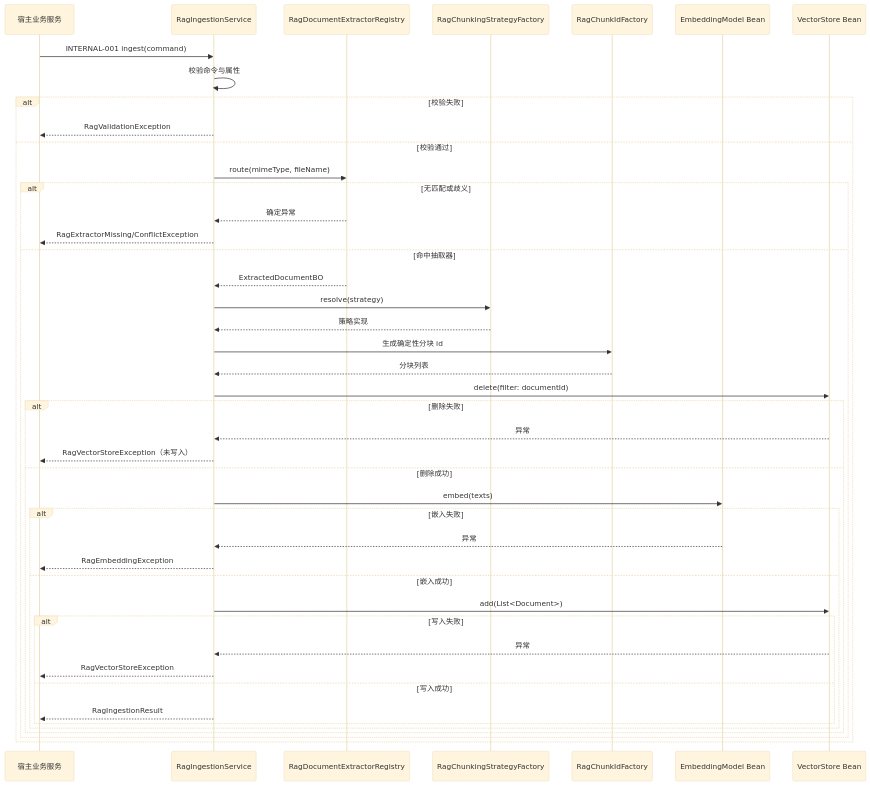
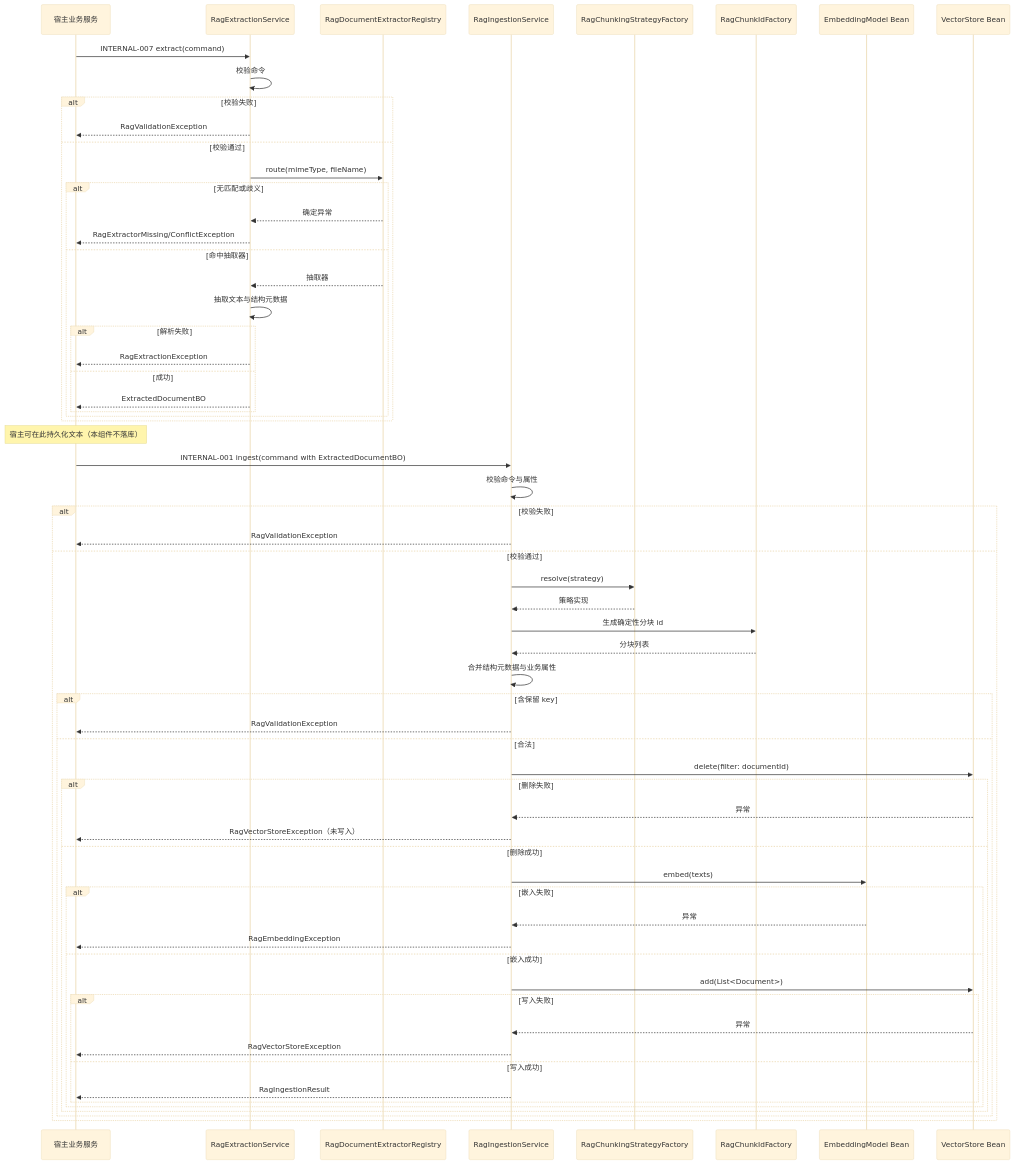
The fourth of 4 diagrams in docs/egon/spec/2026-09-10-11-34-egon-cola-component-rag-starter.md (AllenDEricDAlexander/Egon-COLA), drawn with Mermaid (base theme) before and after one commit. The commit also changed other lines of this file, not shown here.

First line of the commit message:
docs(spec): split extraction from ingestion in rag component design

````diff
--- a/docs/egon/spec/2026-09-10-11-34-egon-cola-component-rag-starter.md
+++ b/docs/egon/spec/2026-09-10-11-34-egon-cola-component-rag-starter.md
@@ -495,47 +520,68 @@
 ```mermaid
 sequenceDiagram
     participant H as 宿主业务服务
+    participant E as RagExtractionService
+    participant R as RagDocumentExtractorRegistry
     participant S as RagIngestionService
-    participant R as RagDocumentExtractorRegistry
     participant C as RagChunkingStrategyFactory
     participant K as RagChunkIdFactory
     participant M as EmbeddingModel Bean
     participant V as VectorStore Bean
 
-    H->>S: INTERNAL-001 ingest(command)
+    H->>E: INTERNAL-007 extract(command)
+    E->>E: 校验命令
+    alt 校验失败
+        E-->>H: RagValidationException
+    else 校验通过
+        E->>R: route(mimeType, fileName)
+        alt 无匹配或歧义
+            R-->>E: 确定异常
+            E-->>H: RagExtractorMissing/ConflictException
+        else 命中抽取器
+            R-->>E: 抽取器
+            E->>E: 抽取文本与结构元数据
+            alt 解析失败
+                E-->>H: RagExtractionException
+            else 成功
+                E-->>H: ExtractedDocumentBO
+            end
+        end
+    end
+
+    Note over H: 宿主可在此持久化文本（本组件不落库）
+
+    H->>S: INTERNAL-001 ingest(command with ExtractedDocumentBO)
     S->>S: 校验命令与属性
     alt 校验失败
         S-->>H: RagValidationException
     else 校验通过
-        S->>R: route(mimeType, fileName)
-        alt 无匹配或歧义
-            R-->>S: 确定异常
-            S-->>H: RagExtractorMissing/ConflictException
-        else 命中抽取器
-            R-->>S: ExtractedDocumentBO
-            S->>C: resolve(strategy)
-            C-->>S: 策略实现
-            S->>K: 生成确定性分块 id
-            K-->>S: 分块列表
+        S->>C: resolve(strategy)
+        C-->>S: 策略实现
+        S->>K: 生成确定性分块 id
+        K-->>S: 分块列表
+        S->>S: 合并结构元数据与业务属性
+        alt 含保留 key
+            S-->>H: RagValidationException
+        else 合法
             S->>V: delete(filter: documentId)
             alt 删除失败
                 V-->>S: 异常
                 S-->>H: RagVectorStoreException（未写入）
             else 删除成功
                 S->>M: embed(texts)
                 alt 嵌入失败
                     M-->>S: 异常
                     S-->>H: RagEmbeddingException
                 else 嵌入成功
                     S->>V: add(List<Document>)
                     alt 写入失败
                         V-->>S: 异常
                         S-->>H: RagVectorStoreException
                     else 写入成功
                         S-->>H: RagIngestionResult
                     end
                 end
             end
         end
     end
 ```
````
